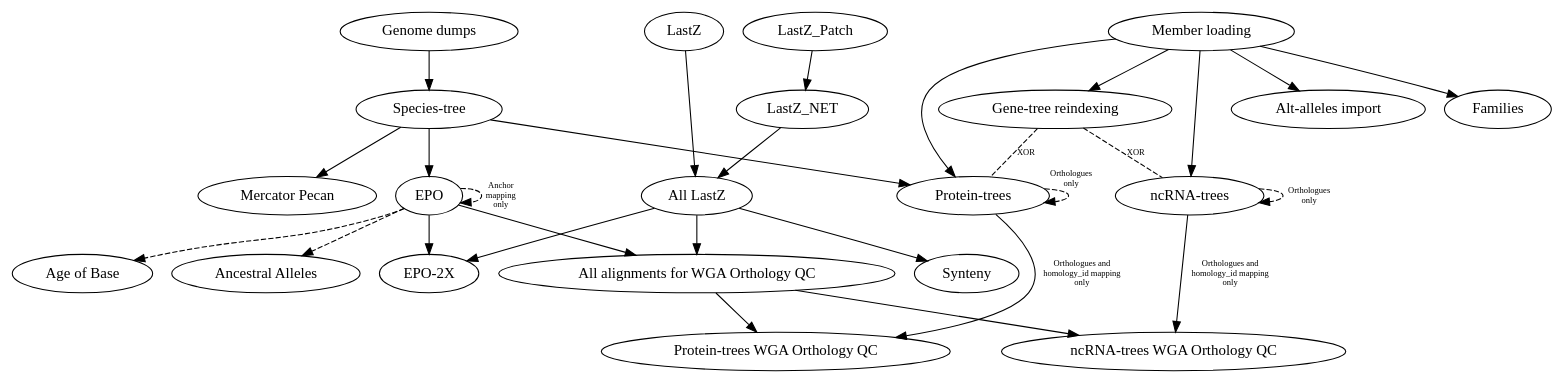
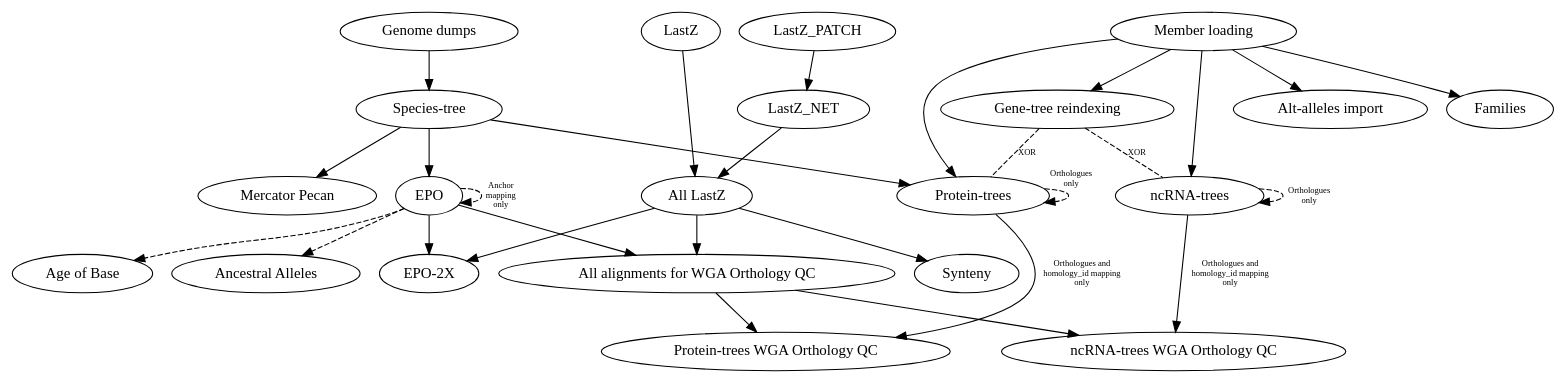
The diagram in scripts/jira_tickets/compara_merged.dot (Ensembl/ensembl-compara), drawn with Graphviz before and after one commit. The commit also changed 1 other file, not shown here.

```diff
--- a/scripts/jira_tickets/compara_merged.dot
+++ b/scripts/jira_tickets/compara_merged.dot
@@ -1,22 +1,22 @@
 digraph {
     "Genome dumps" -> "Species-tree";
     "Species-tree" -> { "EPO", "Mercator Pecan", "Protein-trees" };
     {"EPO", "All LastZ"} -> "EPO-2X";
     "Member loading" -> { "Protein-trees", "ncRNA-trees", "Families", "Gene-tree reindexing", "Alt-alleles import" };
     "Protein-trees" -> "Protein-trees WGA Orthology QC" [fontsize="8", label="Orthologues and\nhomology_id mapping\nonly"];
     "ncRNA-trees" -> "ncRNA-trees WGA Orthology QC" [fontsize="8", label="Orthologues and\nhomology_id mapping\nonly"];
     {"All LastZ", "EPO"} -> "All alignments for WGA Orthology QC" -> {"Protein-trees WGA Orthology QC", "ncRNA-trees WGA Orthology QC"};
     "LastZ" -> "All LastZ" -> "Synteny";
-    "LastZ_Patch" -> "LastZ_NET" -> "All LastZ";
+    "LastZ_PATCH" -> "LastZ_NET" -> "All LastZ";
 
     "Gene-tree reindexing" -> "ncRNA-trees" [style="dashed", dir=none, fontsize="8", label="XOR", headport="murinae:w", tailport="murinae:s"];
     "Gene-tree reindexing" -> "Protein-trees" [style="dashed", dir=none, fontsize="8", label="XOR", headport="murinae:e", tailport="murinae:s"];
     "EPO" -> "EPO" [style="dashed", fontsize="8", label="Anchor\nmapping\nonly", headport="Primates:e", tailport="Mammals:e"];
     "EPO" -> "Age of Base" [style="dashed", headport="Human:e", tailport="Mammals:w"];
     "EPO" -> "Ancestral Alleles" [style="dashed", headport="Vertebrates:w", tailport="Primates:w"];
     "Protein-trees" -> "Protein-trees" [style="dashed", fontsize="8", xlabel="Orthologues\nonly", headport="Murinae:w", tailport="Default vertebrates:w"];
     "ncRNA-trees" -> "ncRNA-trees" [style="dashed", fontsize="8", label="Orthologues\nonly", headport="Murinae:e", tailport="Default vertebrates:e"];
 
     // Helps laying out the graph
     {rank = same; "Genome dumps"; "LastZ"; "Member loading"; }
 }
```
